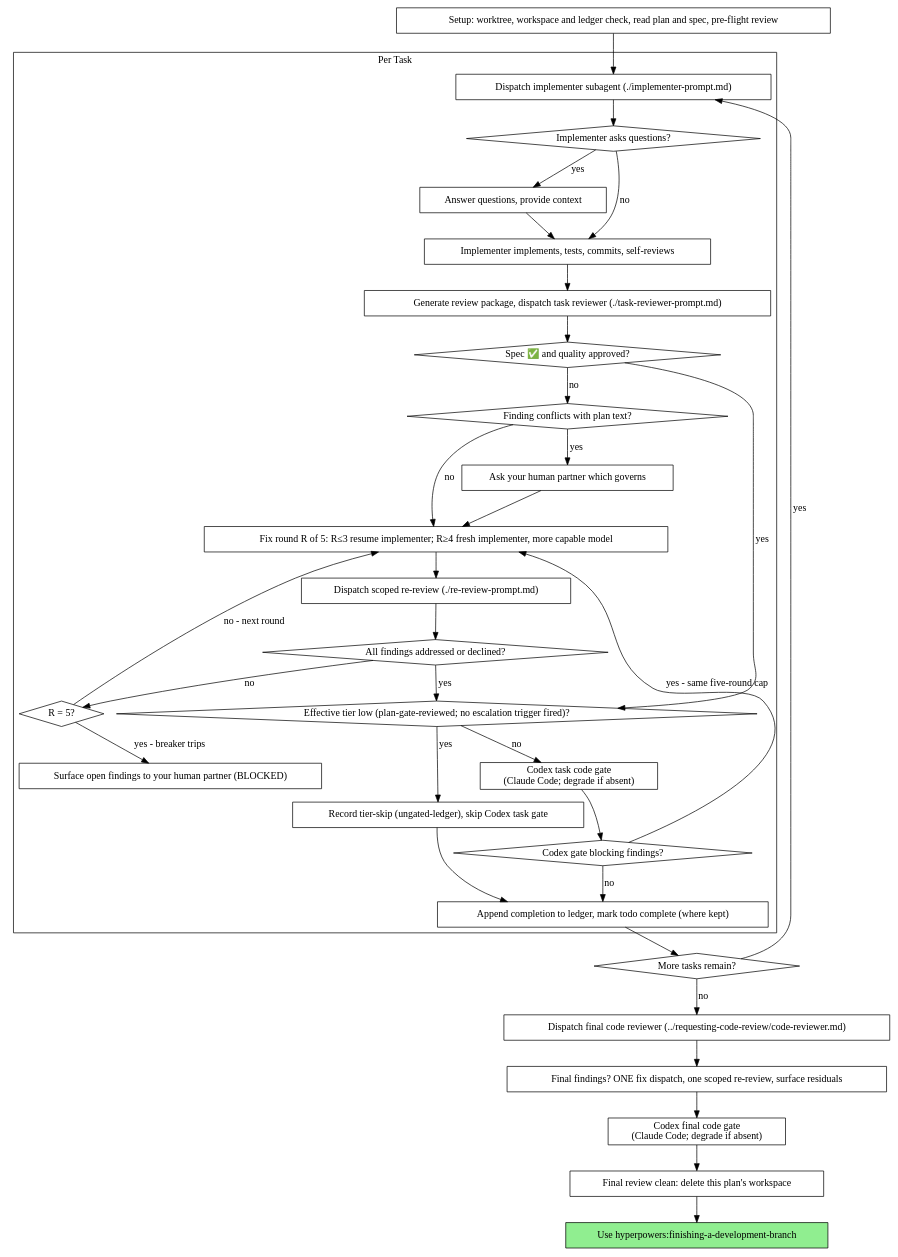
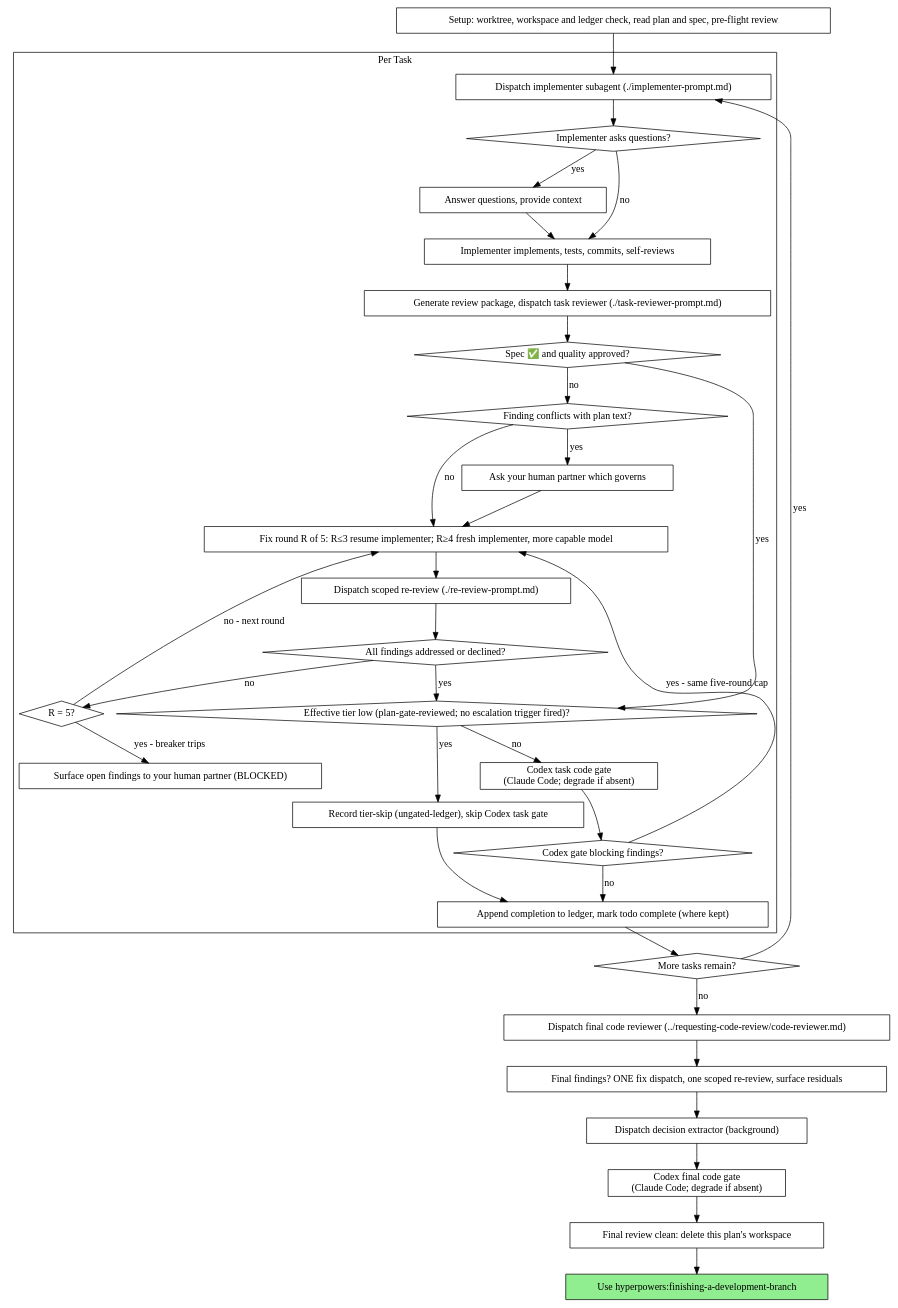
Before and after one commit to scott-arne/hyperpowers: the second of 2 diagrams in skills/subagent-driven-development/SKILL.md, drawn with Graphviz. The commit also changed other lines of this file and 2 other files, not shown here.

First line of the commit message:
feat(sdd): dry-run the decision compiler at setup, dispatch the extractor after the final fix wave, hand it to finishing

````diff
--- a/skills/subagent-driven-development/SKILL.md
+++ b/skills/subagent-driven-development/SKILL.md
@@ -49,67 +49,69 @@
 ```dot
 digraph process {
     rankdir=TB;
 
     subgraph cluster_per_task {
         label="Per Task";
         "Dispatch implementer subagent (./implementer-prompt.md)" [shape=box];
         "Implementer asks questions?" [shape=diamond];
         "Answer questions, provide context" [shape=box];
         "Implementer implements, tests, commits, self-reviews" [shape=box];
         "Generate review package, dispatch task reviewer (./task-reviewer-prompt.md)" [shape=box];
         "Spec ✅ and quality approved?" [shape=diamond];
         "Finding conflicts with plan text?" [shape=diamond];
         "Ask your human partner which governs" [shape=box];
         "Fix round R of 5: R≤3 resume implementer; R≥4 fresh implementer, more capable model" [shape=box];
         "Dispatch scoped re-review (./re-review-prompt.md)" [shape=box];
         "All findings addressed or declined?" [shape=diamond];
         "R = 5?" [shape=diamond];
         "Surface open findings to your human partner (BLOCKED)" [shape=box];
         "Effective tier low (plan-gate-reviewed; no escalation trigger fired)?" [shape=diamond];
         "Record tier-skip (ungated-ledger), skip Codex task gate" [shape=box];
         "Codex task code gate\n(Claude Code; degrade if absent)" [shape=box];
         "Codex gate blocking findings?" [shape=diamond];
         "Append completion to ledger, mark todo complete (where kept)" [shape=box];
     }
 
     "Setup: worktree, workspace and ledger check, read plan and spec, pre-flight review" [shape=box];
     "More tasks remain?" [shape=diamond];
     "Dispatch final code reviewer (../requesting-code-review/code-reviewer.md)" [shape=box];
     "Final findings? ONE fix dispatch, one scoped re-review, surface residuals" [shape=box];
+    "Dispatch decision extractor (background)" [shape=box];
     "Codex final code gate\n(Claude Code; degrade if absent)" [shape=box];
     "Final review clean: delete this plan's workspace" [shape=box];
     "Use hyperpowers:finishing-a-development-branch" [shape=box style=filled fillcolor=lightgreen];
 
     "Setup: worktree, workspace and ledger check, read plan and spec, pre-flight review" -> "Dispatch implementer subagent (./implementer-prompt.md)";
     "Dispatch implementer subagent (./implementer-prompt.md)" -> "Implementer asks questions?";
     "Implementer asks questions?" -> "Answer questions, provide context" [label="yes"];
     "Answer questions, provide context" -> "Implementer implements, tests, commits, self-reviews";
     "Implementer asks questions?" -> "Implementer implements, tests, commits, self-reviews" [label="no"];
     "Implementer implements, tests, commits, self-reviews" -> "Generate review package, dispatch task reviewer (./task-reviewer-prompt.md)";
     "Generate review package, dispatch task reviewer (./task-reviewer-prompt.md)" -> "Spec ✅ and quality approved?";
     "Spec ✅ and quality approved?" -> "Effective tier low (plan-gate-reviewed; no escalation trigger fired)?" [label="yes"];
     "Spec ✅ and quality approved?" -> "Finding conflicts with plan text?" [label="no"];
     "Finding conflicts with plan text?" -> "Ask your human partner which governs" [label="yes"];
     "Ask your human partner which governs" -> "Fix round R of 5: R≤3 resume implementer; R≥4 fresh implementer, more capable model";
     "Finding conflicts with plan text?" -> "Fix round R of 5: R≤3 resume implementer; R≥4 fresh implementer, more capable model" [label="no"];
     "Fix round R of 5: R≤3 resume implementer; R≥4 fresh implementer, more capable model" -> "Dispatch scoped re-review (./re-review-prompt.md)";
     "Dispatch scoped re-review (./re-review-prompt.md)" -> "All findings addressed or declined?";
     "All findings addressed or declined?" -> "Effective tier low (plan-gate-reviewed; no escalation trigger fired)?" [label="yes"];
     "All findings addressed or declined?" -> "R = 5?" [label="no"];
     "R = 5?" -> "Fix round R of 5: R≤3 resume implementer; R≥4 fresh implementer, more capable model" [label="no - next round"];
     "R = 5?" -> "Surface open findings to your human partner (BLOCKED)" [label="yes - breaker trips"];
     "Effective tier low (plan-gate-reviewed; no escalation trigger fired)?" -> "Record tier-skip (ungated-ledger), skip Codex task gate" [label="yes"];
     "Record tier-skip (ungated-ledger), skip Codex task gate" -> "Append completion to ledger, mark todo complete (where kept)";
     "Effective tier low (plan-gate-reviewed; no escalation trigger fired)?" -> "Codex task code gate\n(Claude Code; degrade if absent)" [label="no"];
     "Codex task code gate\n(Claude Code; degrade if absent)" -> "Codex gate blocking findings?";
     "Codex gate blocking findings?" -> "Fix round R of 5: R≤3 resume implementer; R≥4 fresh implementer, more capable model" [label="yes - same five-round cap"];
     "Codex gate blocking findings?" -> "Append completion to ledger, mark todo complete (where kept)" [label="no"];
     "Append completion to ledger, mark todo complete (where kept)" -> "More tasks remain?";
     "More tasks remain?" -> "Dispatch implementer subagent (./implementer-prompt.md)" [label="yes"];
     "More tasks remain?" -> "Dispatch final code reviewer (../requesting-code-review/code-reviewer.md)" [label="no"];
     "Dispatch final code reviewer (../requesting-code-review/code-reviewer.md)" -> "Final findings? ONE fix dispatch, one scoped re-review, surface residuals";
-    "Final findings? ONE fix dispatch, one scoped re-review, surface residuals" -> "Codex final code gate\n(Claude Code; degrade if absent)";
+    "Final findings? ONE fix dispatch, one scoped re-review, surface residuals" -> "Dispatch decision extractor (background)";
+    "Dispatch decision extractor (background)" -> "Codex final code gate\n(Claude Code; degrade if absent)";
     "Codex final code gate\n(Claude Code; degrade if absent)" -> "Final review clean: delete this plan's workspace";
     "Final review clean: delete this plan's workspace" -> "Use hyperpowers:finishing-a-development-branch";
 }
 ```
````
